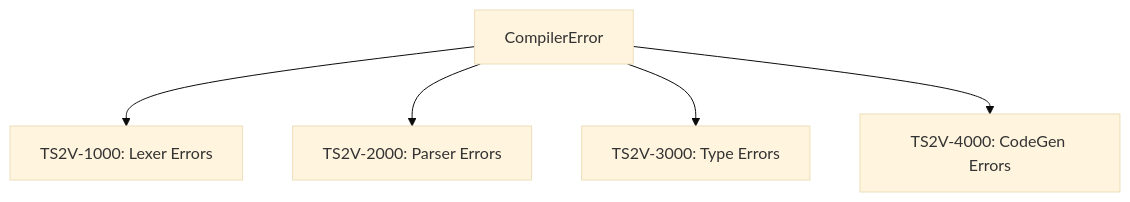
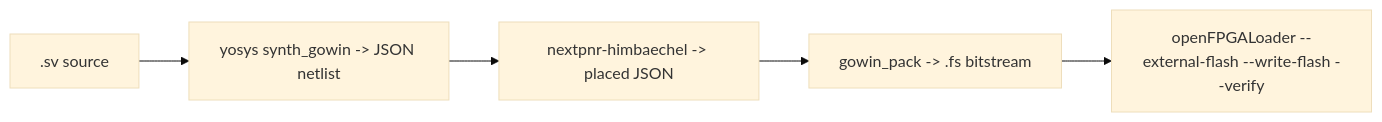
The fifth of 5 diagrams in docs/architecture.md (thecharge/sndv-hdl), drawn with Mermaid (base theme) before and after one commit. The commit also changed other lines of this file and 8 other files, not shown here.

````diff
--- a/docs/architecture.md
+++ b/docs/architecture.md
@@ -101,7 +116,7 @@
 ```mermaid
-graph TD
-    E["CompilerError"] --> L["TS2V-1000: Lexer Errors"]
-    E --> P["TS2V-2000: Parser Errors"]
-    E --> T["TS2V-3000: Type Errors"]
-    E --> C["TS2V-4000: CodeGen Errors"]
+flowchart LR
+    SV[".sv source"] --> Yosys["yosys synth_gowin -> JSON netlist"]
+    Yosys --> Nextpnr["nextpnr-himbaechel -> placed JSON"]
+    Nextpnr --> Pack["gowin_pack -> .fs bitstream"]
+    Pack --> Flash["openFPGALoader --external-flash --write-flash --verify"]
 ```
````
